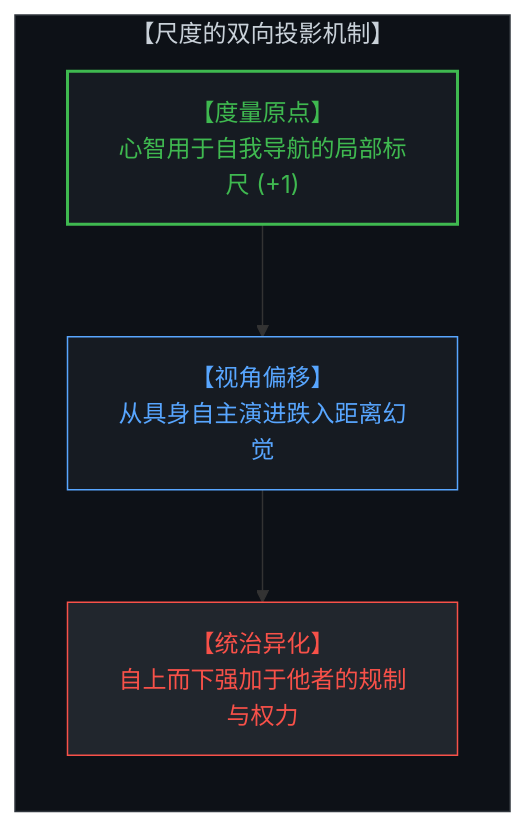
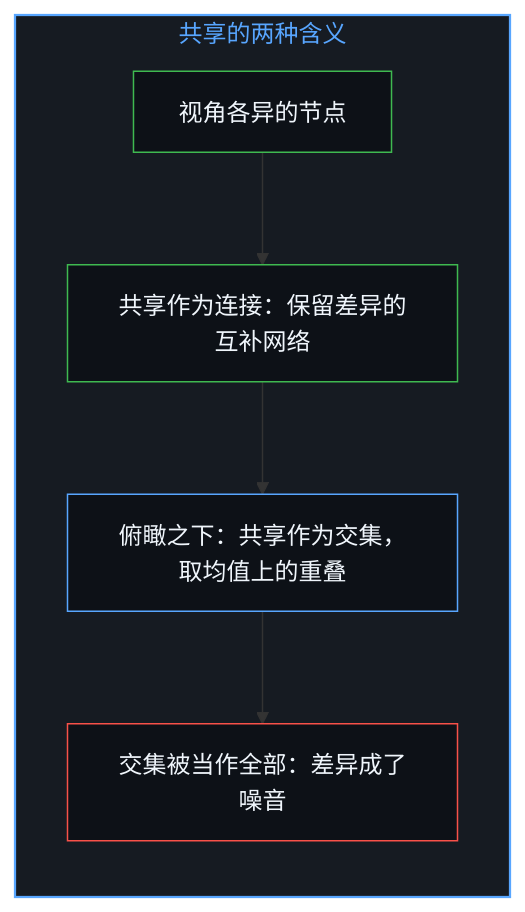
Before and after one commit to powerpig99/not-a-toe: the fifth of 12 diagrams in content/posts/the-illusion-of-distance-and-the-dual-ruler.md, drawn with Mermaid. The commit also changed other lines of this file, not shown here.

Commit message:
Refine the-illusion-of-distance-and-the-dual-ruler: alternating bilingual layout, six paired diagrams, rules and the statistical overlap given their use, implicit first person

````diff
--- a/content/posts/the-illusion-of-distance-and-the-dual-ruler.md
+++ b/content/posts/the-illusion-of-distance-and-the-dual-ruler.md
@@ -57,15 +139,19 @@
 ```mermaid
-graph TD
-    subgraph RulerSplit["【尺度的双向投影机制】"]
+flowchart TD
+    subgraph S_Shared["共享的两种含义"]
         direction TB
-        RulerOrigin["【度量原点】<br>心智用于自我导航的局部标尺 (+1)"]
-        PerspectiveShift["【视角偏移】<br>从具身自主演进跌入距离幻觉"]
-        ExternalGovernance["【统治异化】<br>自上而下强加于他者的规制与权力"]
-        RulerOrigin --> PerspectiveShift
-        PerspectiveShift --> ExternalGovernance
+        Nodes["视角各异的节点"]
+        Net["共享作为连接：保留差异的互补网络"]
+        Mean["俯瞰之下：共享作为交集，取均值上的重叠"]
+        Noise["交集被当作全部：差异成了噪音"]
+        Nodes --> Net
+        Net --> Mean
+        Mean --> Noise
     end
-    style RulerSplit fill:#0d1117,stroke:#30363d,stroke-width:1px,color:#c9d1d9
-    style RulerOrigin fill:#161b22,stroke:#3fb950,stroke-width:2px,color:#3fb950
-    style PerspectiveShift fill:#161b22,stroke:#58a6ff,stroke-width:1px,color:#58a6ff
-    style ExternalGovernance fill:#21262d,stroke:#f85149,stroke-width:1px,color:#f85149
+
+    style S_Shared fill:#161b22,stroke:#58a6ff,stroke-width:1.5px,color:#58a6ff
+    style Nodes fill:#0d1117,stroke:#3fb950,stroke-width:1px,color:#f0f6fc
+    style Net fill:#0d1117,stroke:#3fb950,stroke-width:1px,color:#f0f6fc
+    style Mean fill:#0d1117,stroke:#58a6ff,stroke-width:1px,color:#f0f6fc
+    style Noise fill:#0d1117,stroke:#f85149,stroke-width:1px,color:#f0f6fc
 ```
````
